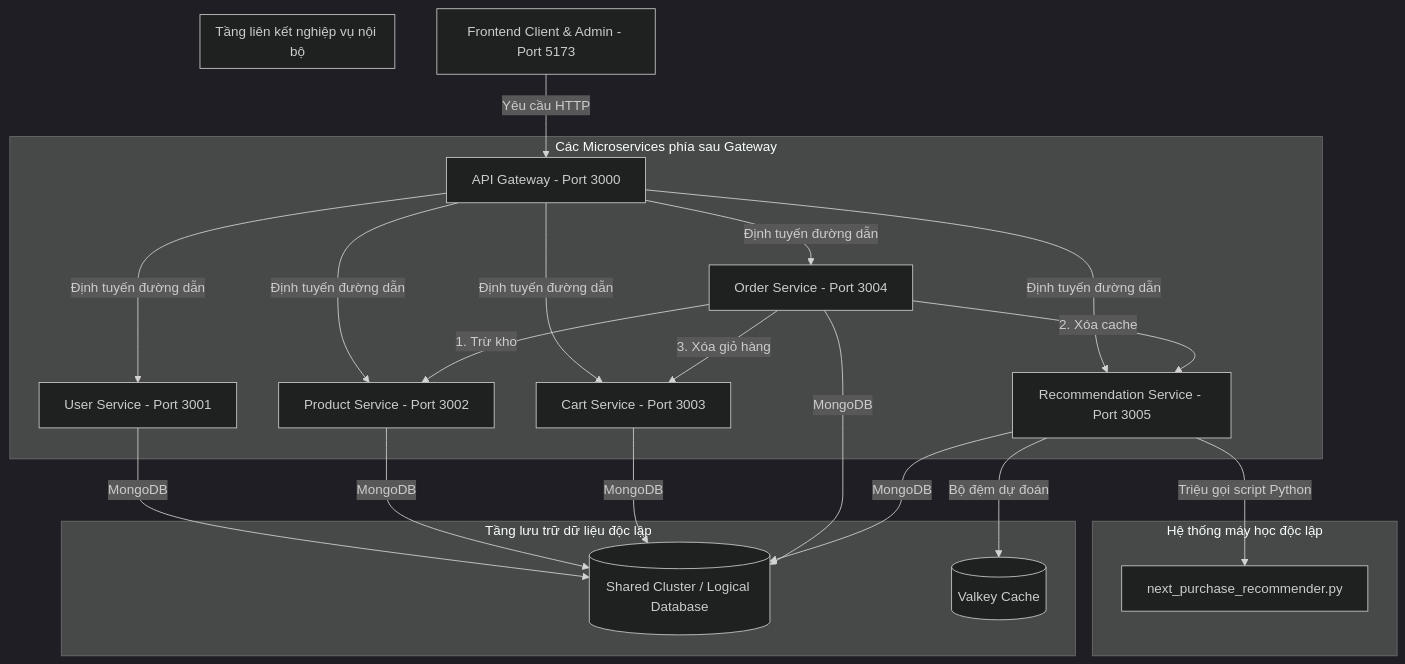
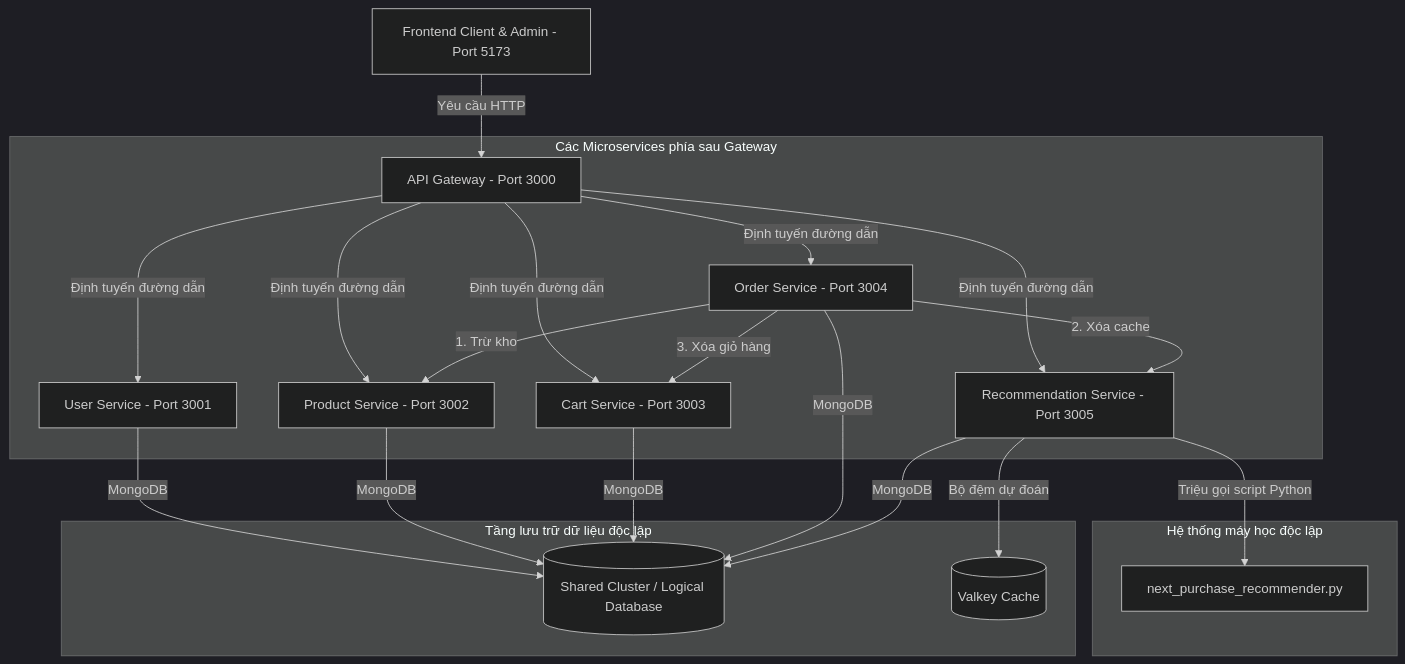
One commit to TrDieux18/eCommerce-react_dark changed the eighth of 8 diagrams in BaoCaoNhom_PTTKHT.md. Above: the diagram before and after it, drawn with Mermaid (dark theme). The commit also changed other lines of this file, not shown here.

````diff
--- a/BaoCaoNhom_PTTKHT.md
+++ b/BaoCaoNhom_PTTKHT.md
@@ -382,31 +382,30 @@
 ```mermaid
 graph TD
   FE[Frontend Client & Admin - Port 5173] -->|Yêu cầu HTTP| GW[API Gateway - Port 3000]
   
   subgraph Các Microservices phía sau Gateway
     GW -->|Định tuyến đường dẫn| UserSvc[User Service - Port 3001]
     GW -->|Định tuyến đường dẫn| ProdSvc[Product Service - Port 3002]
     GW -->|Định tuyến đường dẫn| CartSvc[Cart Service - Port 3003]
     GW -->|Định tuyến đường dẫn| OrderSvc[Order Service - Port 3004]
     GW -->|Định tuyến đường dẫn| RecSvc[Recommendation Service - Port 3005]
   end
 
-  subgraph Tầng liên kết nghiệp vụ nội bộ
-    OrderSvc -->|1. Trừ kho| ProdSvc
-    OrderSvc -->|2. Xóa cache| RecSvc
-    OrderSvc -->|3. Xóa giỏ hàng| CartSvc
-  end
+  %% Liên kết nghiệp vụ nội bộ
+  OrderSvc -->|1. Trừ kho| ProdSvc
+  OrderSvc -->|2. Xóa cache| RecSvc
+  OrderSvc -->|3. Xóa giỏ hàng| CartSvc
 
   subgraph Hệ thống máy học độc lập
     RecSvc -->|Triệu gọi script Python| PyML[next_purchase_recommender.py]
   end
 
   subgraph Tầng lưu trữ dữ liệu độc lập
     UserSvc -->|MongoDB| DB[(Shared Cluster / Logical Database)]
     ProdSvc -->|MongoDB| DB
     CartSvc -->|MongoDB| DB
     OrderSvc -->|MongoDB| DB
     RecSvc -->|MongoDB| DB
     RecSvc -->|Bộ đệm dự đoán| ValkeyCache[(Valkey Cache)]
   end
 ```
````
